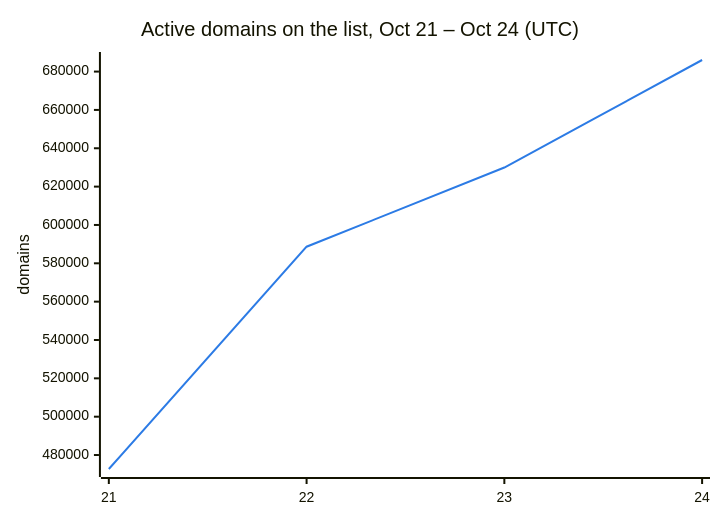
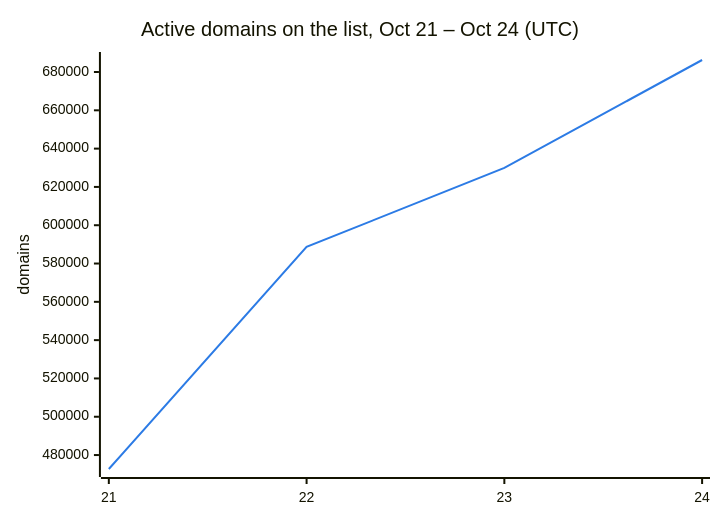
The second of 3 diagrams in README.md (DNSBunker/CTI), drawn with Mermaid before and after one commit. The commit also changed other lines of this file and 3 other files, not shown here.

````diff
--- a/README.md
+++ b/README.md
@@ -38,8 +38,8 @@
 ```mermaid
 %%{init: {"themeVariables": {"xyChart": {"plotColorPalette": "#2c7be5"}}}}%%
 xychart-beta
     title "Active domains on the list, Oct 21 – Oct 24 (UTC)"
     x-axis ["21", "22", "23", "24"]
     y-axis "domains"
-    line [472713, 588659, 629951, 686040]
+    line [472713, 588659, 629951, 686272]
 ```
````
